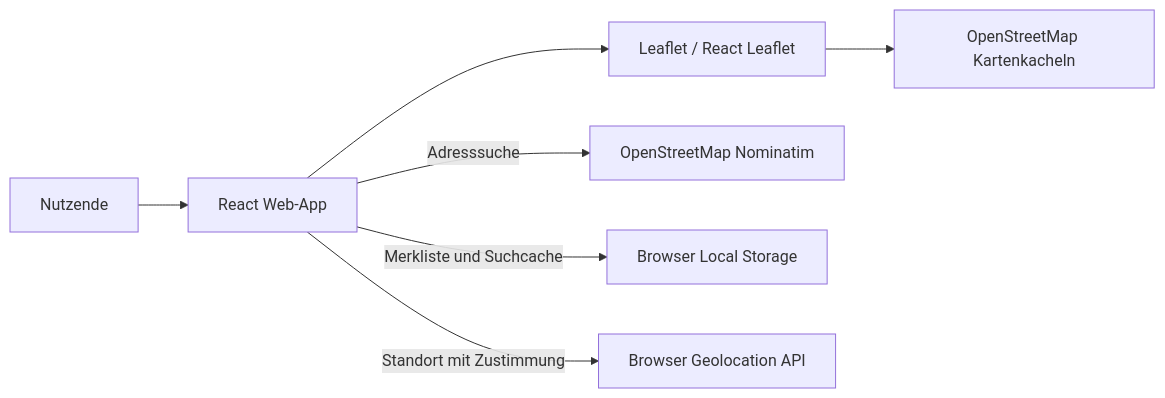
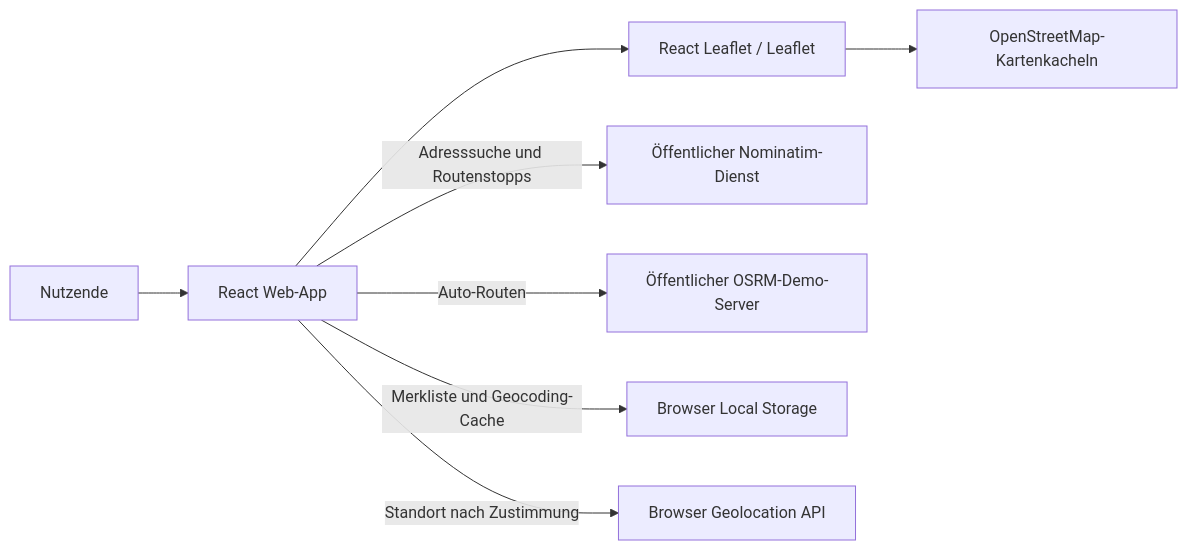
One commit to Kirito-1345/CivixX changed the diagram in KNOWLEDGE_MAP.md. Above: the diagram before and after it, drawn with Mermaid. The commit also changed other lines of this file and 2 other files, not shown here.

````diff
--- a/KNOWLEDGE_MAP.md
+++ b/KNOWLEDGE_MAP.md
@@ -9,9 +9,10 @@
 ```mermaid
 flowchart LR
   User[Nutzende] --> Web[React Web-App]
-  Web --> Leaflet[Leaflet / React Leaflet]
-  Leaflet --> Tiles[OpenStreetMap Kartenkacheln]
-  Web -->|Adresssuche| Nominatim[OpenStreetMap Nominatim]
-  Web -->|Merkliste und Suchcache| LS[Browser Local Storage]
-  Web -->|Standort mit Zustimmung| Geo[Browser Geolocation API]
+  Web --> Leaflet[React Leaflet / Leaflet]
+  Leaflet --> Tiles[OpenStreetMap-Kartenkacheln]
+  Web -->|Adresssuche und Routenstopps| Nominatim[Öffentlicher Nominatim-Dienst]
+  Web -->|Auto-Routen| OSRM[Öffentlicher OSRM-Demo-Server]
+  Web -->|Merkliste und Geocoding-Cache| LS[Browser Local Storage]
+  Web -->|Standort nach Zustimmung| Geo[Browser Geolocation API]
 ```
````
